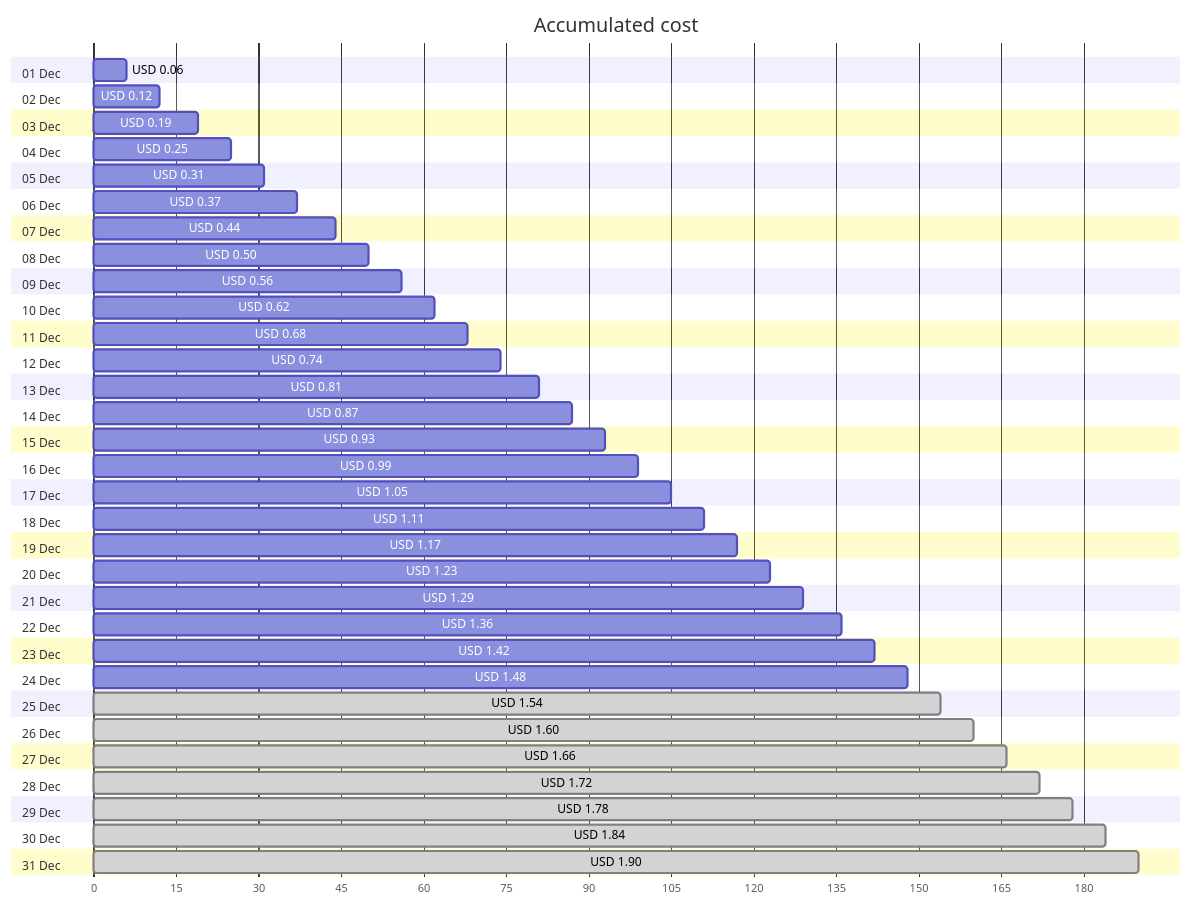
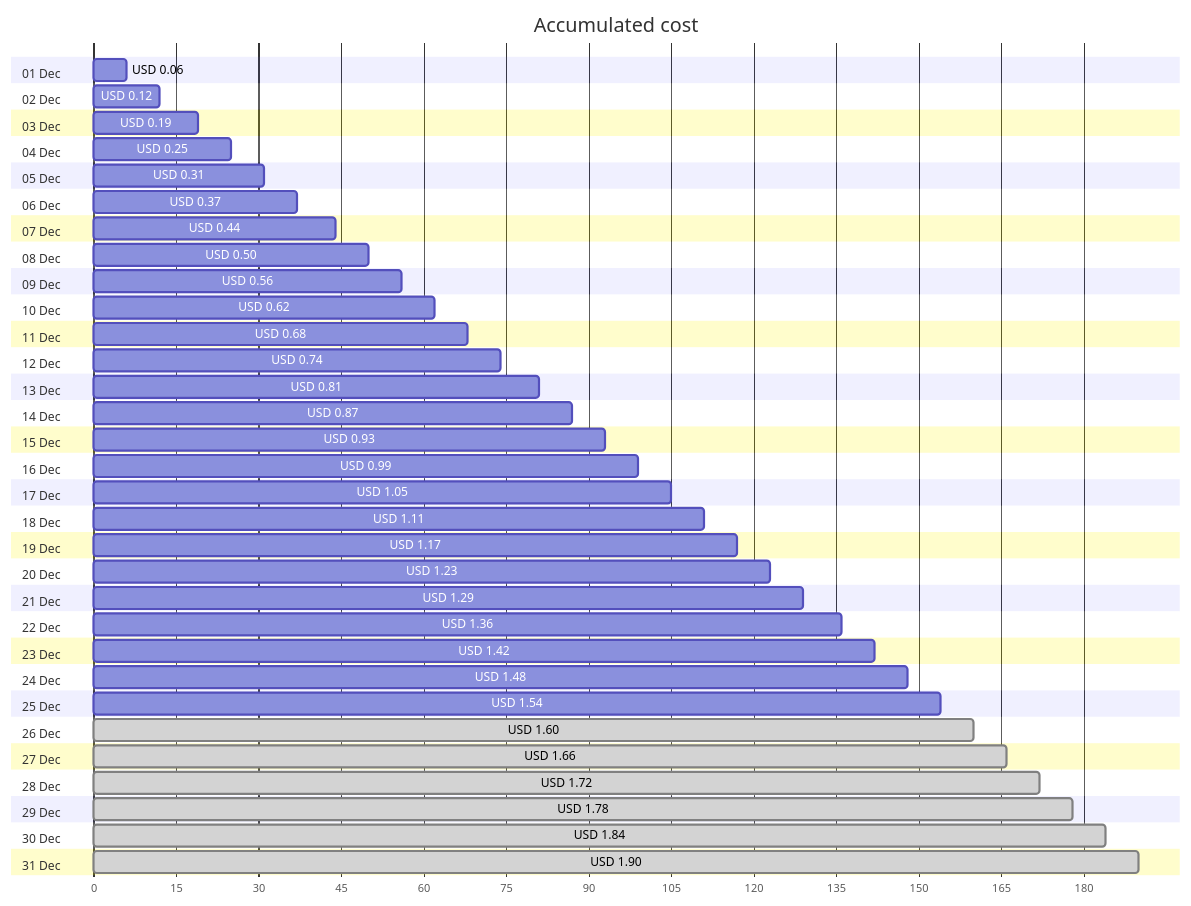
The first of 4 diagrams in cost-reports/personal-network/backup-server_OsDisk.md (jpfulton/azure-personal-reports), drawn with Mermaid before and after one commit. The commit also changed other lines of this file and 8 other files, not shown here.

````diff
--- a/cost-reports/personal-network/backup-server_OsDisk.md
+++ b/cost-reports/personal-network/backup-server_OsDisk.md
@@ -20,68 +20,68 @@
 ```mermaid
 gantt
    title Accumulated cost
    dateFormat  X
    axisFormat %s
    section 01 Dec
    USD 0.06 :0, 6
    section 02 Dec
    USD 0.12 :0, 12
    section 03 Dec
    USD 0.19 :0, 19
    section 04 Dec
    USD 0.25 :0, 25
    section 05 Dec
    USD 0.31 :0, 31
    section 06 Dec
    USD 0.37 :0, 37
    section 07 Dec
    USD 0.44 :0, 44
    section 08 Dec
    USD 0.50 :0, 50
    section 09 Dec
    USD 0.56 :0, 56
    section 10 Dec
    USD 0.62 :0, 62
    section 11 Dec
    USD 0.68 :0, 68
    section 12 Dec
    USD 0.74 :0, 74
    section 13 Dec
    USD 0.81 :0, 81
    section 14 Dec
    USD 0.87 :0, 87
    section 15 Dec
    USD 0.93 :0, 93
    section 16 Dec
    USD 0.99 :0, 99
    section 17 Dec
    USD 1.05 :0, 105
    section 18 Dec
    USD 1.11 :0, 111
    section 19 Dec
    USD 1.17 :0, 117
    section 20 Dec
    USD 1.23 :0, 123
    section 21 Dec
    USD 1.29 :0, 129
    section 22 Dec
    USD 1.36 :0, 136
    section 23 Dec
    USD 1.42 :0, 142
    section 24 Dec
    USD 1.48 :0, 148
    section 25 Dec
-   USD 1.54 : done, 0, 154
+   USD 1.54 :0, 154
    section 26 Dec
    USD 1.60 : done, 0, 160
    section 27 Dec
    USD 1.66 : done, 0, 166
    section 28 Dec
    USD 1.72 : done, 0, 172
    section 29 Dec
    USD 1.78 : done, 0, 178
    section 30 Dec
    USD 1.84 : done, 0, 184
    section 31 Dec
    USD 1.90 : done, 0, 190
 ```
````
